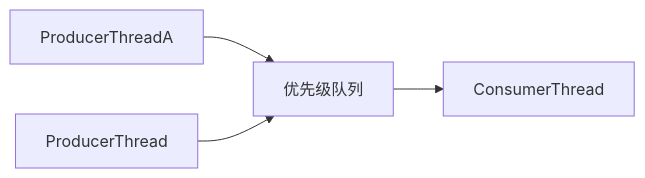
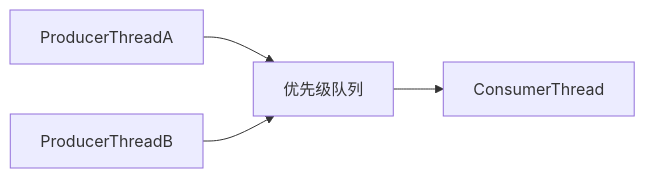
Before and after one commit to CoreJK/Blogrepo: the diagram in content/zh/posts/python中的优先级队列.md, drawn with Mermaid.

Commit message:
修复'python优先级队列'笔记错误内容

````diff
--- a/content/zh/posts/python中的优先级队列.md
+++ b/content/zh/posts/python中的优先级队列.md
@@ -84,4 +84,4 @@
 ```mermaid
 flowchart LR
-	ProducerThreadA & ProducerThread --> 优先级队列 --> ConsumerThread
+	ProducerThreadA & ProducerThreadB --> 优先级队列 --> ConsumerThread
 ```
````
